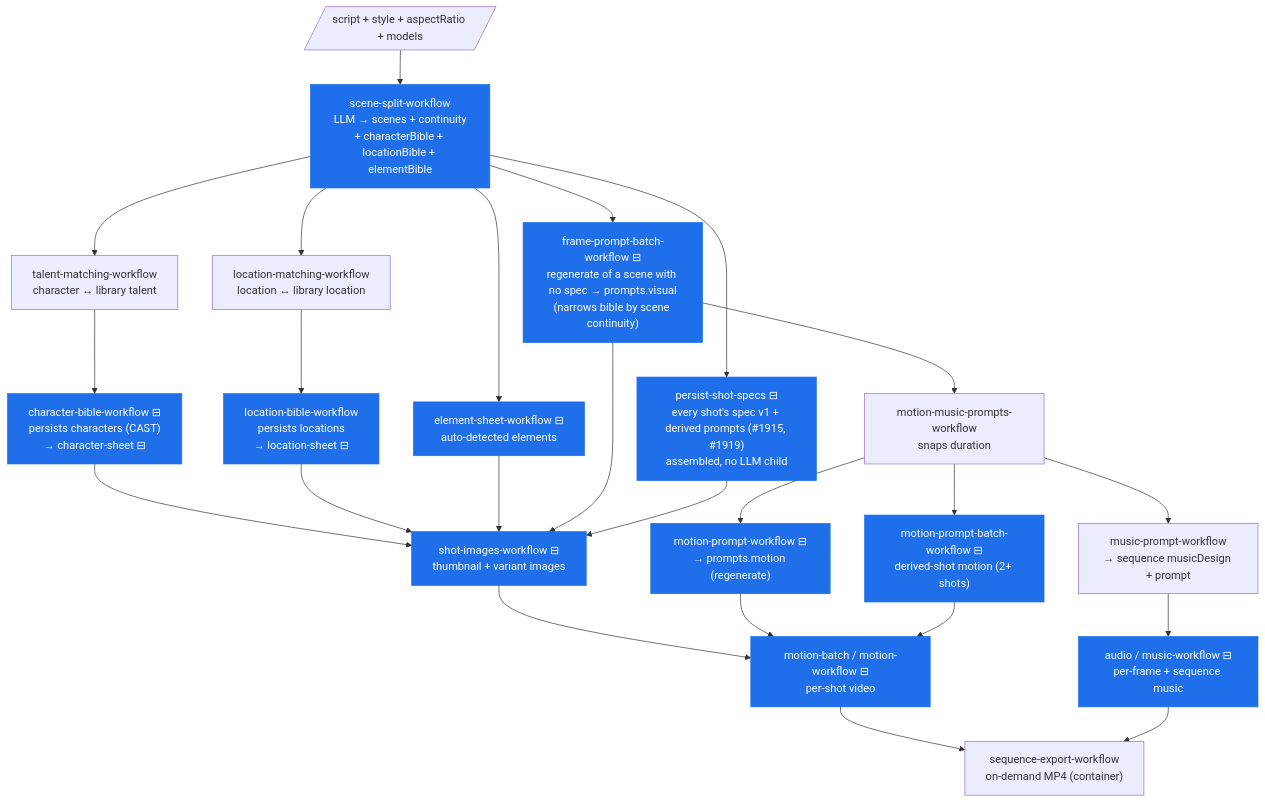
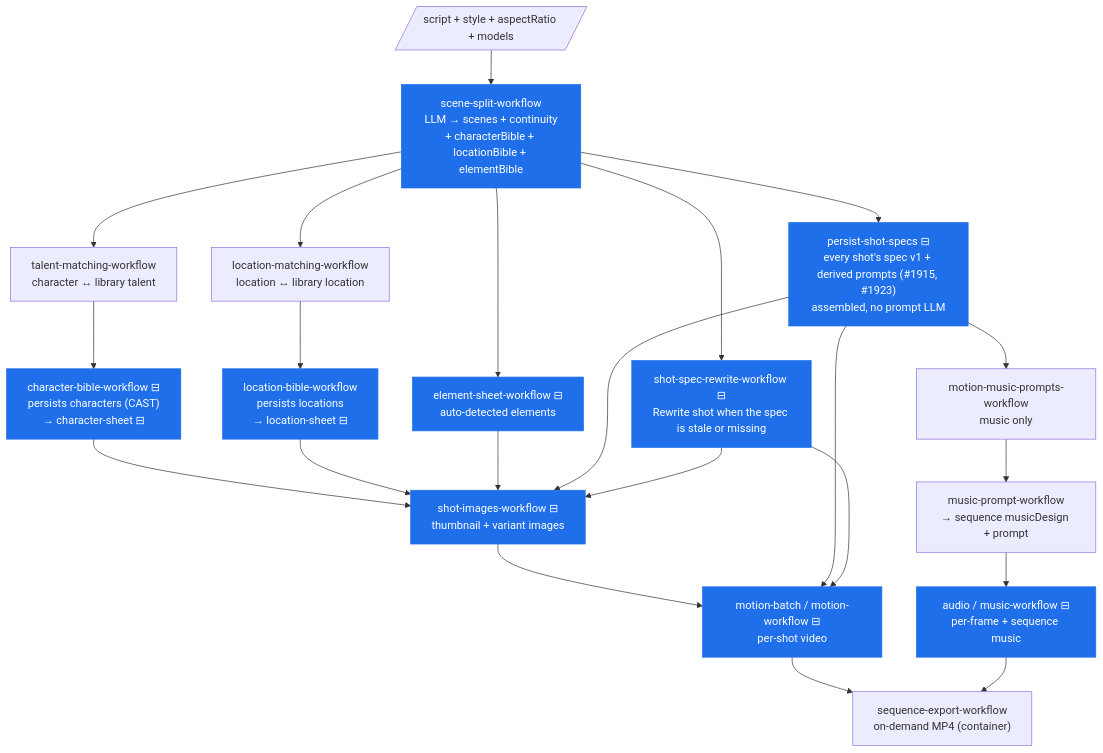
The first of 4 diagrams in docs/architecture/prompt-staleness-dependency-graph.md (Jyatin/openstory), drawn with Mermaid before and after one commit. The commit also changed other lines of this file and 83 other files, not shown here.

Commit message:
feat(#1923): rebuild prompts from the shot spec and rewrite a stale shot

````diff
--- a/docs/architecture/prompt-staleness-dependency-graph.md
+++ b/docs/architecture/prompt-staleness-dependency-graph.md
@@ -105,38 +105,36 @@
 ```mermaid
 flowchart TD
     script[/"script + style + aspectRatio + models"/]
 
     script --> split["scene-split-workflow<br/>LLM → scenes + continuity<br/>+ characterBible + locationBible + elementBible"]
 
     split --> talent["talent-matching-workflow<br/>character ↔ library talent"]
     split --> locmatch["location-matching-workflow<br/>location ↔ library location"]
 
     talent --> cbib["character-bible-workflow ⊟<br/>persists characters (CAST)<br/>→ character-sheet ⊟"]
     locmatch --> lbib["location-bible-workflow<br/>persists locations<br/>→ location-sheet ⊟"]
     split --> elem["element-sheet-workflow ⊟<br/>auto-detected elements"]
 
-    split --> vprompt["frame-prompt-batch-workflow ⊟<br/>regenerate of a scene with no spec → prompts.visual<br/>(narrows bible by scene continuity)"]
-    split --> dvprompt["persist-shot-specs ⊟<br/>every shot's spec v1 + derived prompts (#1915, #1919)<br/>assembled, no LLM child"]
+    split --> dvprompt["persist-shot-specs ⊟<br/>every shot's spec v1 + derived prompts (#1915, #1923)<br/>assembled, no prompt LLM"]
+    split --> rewrite["shot-spec-rewrite-workflow ⊟<br/>Rewrite shot when the spec is stale or missing"]
 
-    vprompt --> mmprompt["motion-music-prompts-workflow<br/>snaps duration"]
-    mmprompt --> mprompt["motion-prompt-workflow ⊟<br/>→ prompts.motion (regenerate)"]
-    mmprompt --> dmprompt["motion-prompt-batch-workflow ⊟<br/>derived-shot motion (2+ shots)"]
+    dvprompt --> mmprompt["motion-music-prompts-workflow<br/>music only"]
     mmprompt --> musicp["music-prompt-workflow<br/>→ sequence musicDesign + prompt"]
 
     cbib --> img["shot-images-workflow ⊟<br/>thumbnail + variant images"]
     lbib --> img
     elem --> img
-    vprompt --> img
     dvprompt --> img
+    rewrite --> img
 
     img --> motion["motion-batch / motion-workflow ⊟<br/>per-shot video"]
-    mprompt --> motion
-    dmprompt --> motion
+    dvprompt --> motion
+    rewrite --> motion
     musicp --> audio["audio / music-workflow ⊟<br/>per-frame + sequence music"]
 
     motion --> export["sequence-export-workflow<br/>on-demand MP4 (container)"]
     audio --> export
 
     classDef stamp fill:#1f6feb,stroke:#1f6feb,color:#fff;
-    class cbib,lbib,elem,vprompt,dvprompt,mprompt,dmprompt,img,motion,audio,split stamp;
+    class cbib,lbib,elem,dvprompt,rewrite,img,motion,audio,split stamp;
 ```
````
